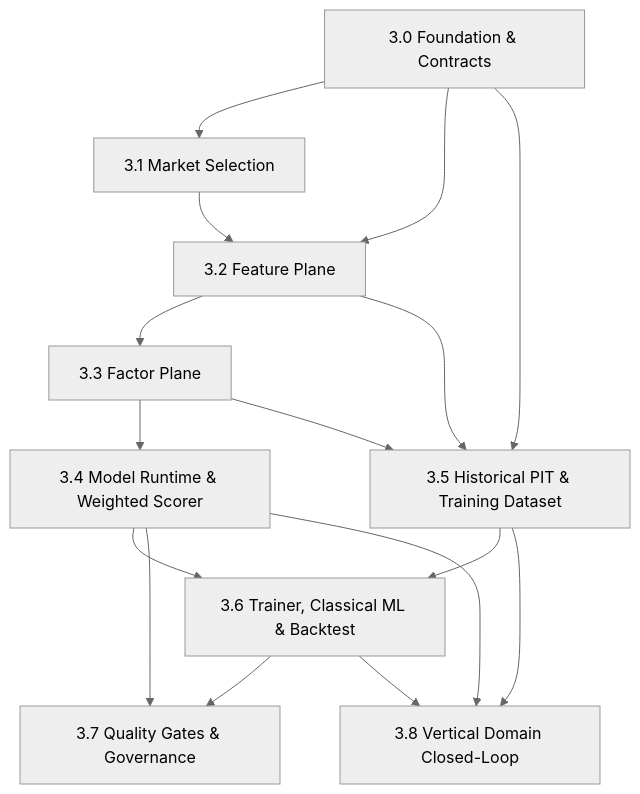
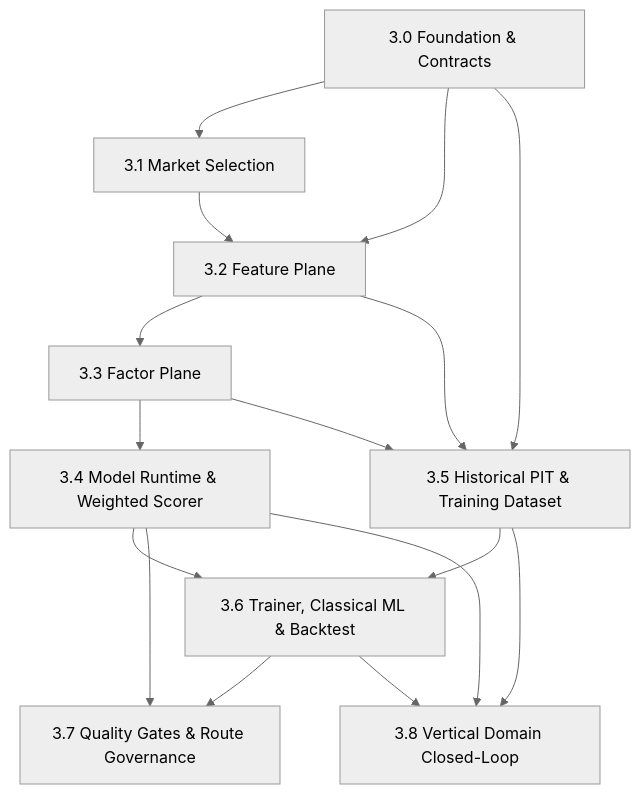
One commit to solomon-ssy/oxide-arb changed the diagram in docs/plans/quant-pivot/phase-03/README.md. Above: the diagram before and after it, drawn with Mermaid (neutral theme). The commit also changed other lines of this file and 335 other files, not shown here.

Commit message:
feat(core,models,repository,migration,api,research,web,system-tests,docs,ui): ✅ Close Phase 11.9 W5 — truth freeze, durable feedback scheduler, attribution, weather 8-family, and model-route governance

````diff
--- a/docs/plans/quant-pivot/phase-03/README.md
+++ b/docs/plans/quant-pivot/phase-03/README.md
@@ -70,18 +70,18 @@
 ```mermaid
 flowchart TD
     P30["3.0 Foundation & Contracts"] --> P31["3.1 Market Selection"]
     P30 --> P32["3.2 Feature Plane"]
     P31 --> P32
     P32 --> P33["3.3 Factor Plane"]
     P33 --> P34["3.4 Model Runtime & Weighted Scorer"]
     P30 --> P35["3.5 Historical PIT & Training Dataset"]
     P32 --> P35
     P33 --> P35
     P35 --> P36["3.6 Trainer, Classical ML & Backtest"]
     P34 --> P36
-    P36 --> P37["3.7 Quality Gates & Governance"]
+    P36 --> P37["3.7 Quality Gates & Route Governance"]
     P34 --> P37
     P34 --> P38["3.8 Vertical Domain Closed-Loop"]
     P35 --> P38
     P36 --> P38
 ```
````
